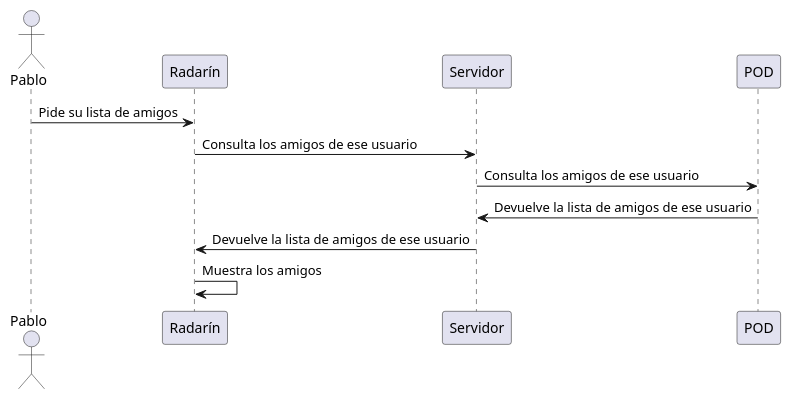
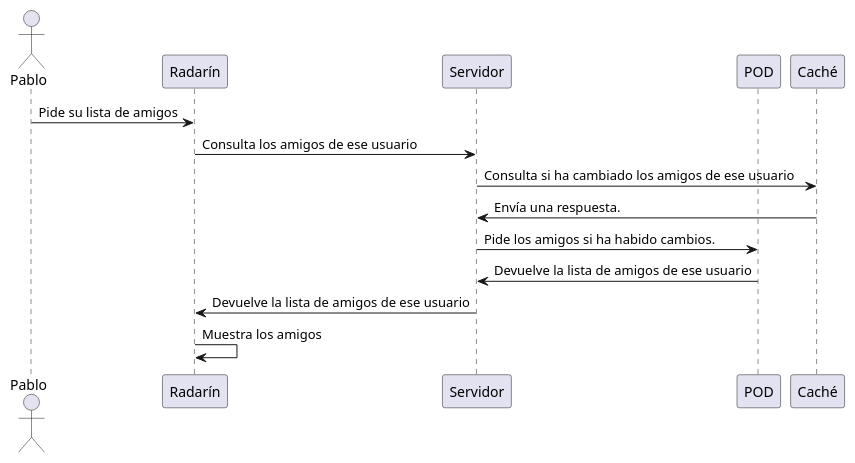
Before and after one commit to Arquisoft/radarin_es4a: the fourth of 10 diagrams in webapp/docs/06_runtime_view.adoc, drawn with PlantUML. The commit also changed other lines of this file and 8 other files, not shown here.

```diff
--- a/webapp/docs/06_runtime_view.adoc
+++ b/webapp/docs/06_runtime_view.adoc
@@ -92,13 +95,16 @@
 [plantuml,"mostrar_amigos_movil",png]
 ----
 actor Pablo
 participant "Radarín"
 participant "Servidor"
 participant "POD"
+participant "Caché"
 Pablo -> "Radarín": Pide su lista de amigos
 "Radarín" -> "Servidor": Consulta los amigos de ese usuario
-"Servidor" -> "POD": Consulta los amigos de ese usuario
+"Servidor" -> "Caché": Consulta si ha cambiado los amigos de ese usuario
+"Caché" -> "Servidor": Envía una respuesta.
+"Servidor" -> "POD": Pide los amigos si ha habido cambios.
 "POD" -> "Servidor": Devuelve la lista de amigos de ese usuario
 "Servidor" -> "Radarín": Devuelve la lista de amigos de ese usuario
 "Radarín" -> "Radarín": Muestra los amigos
 ----
```
